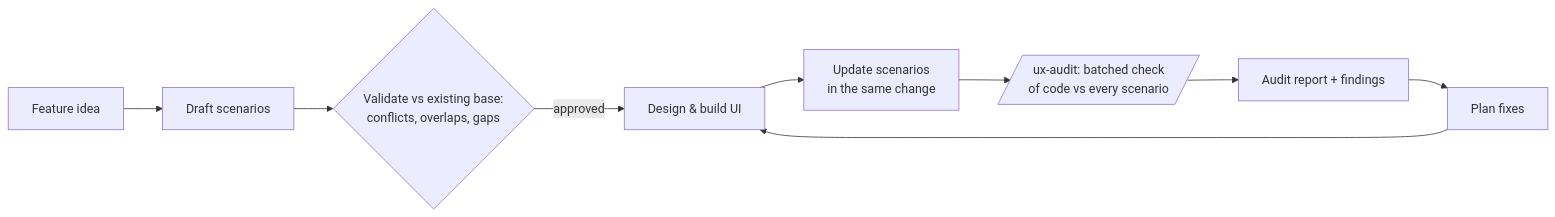
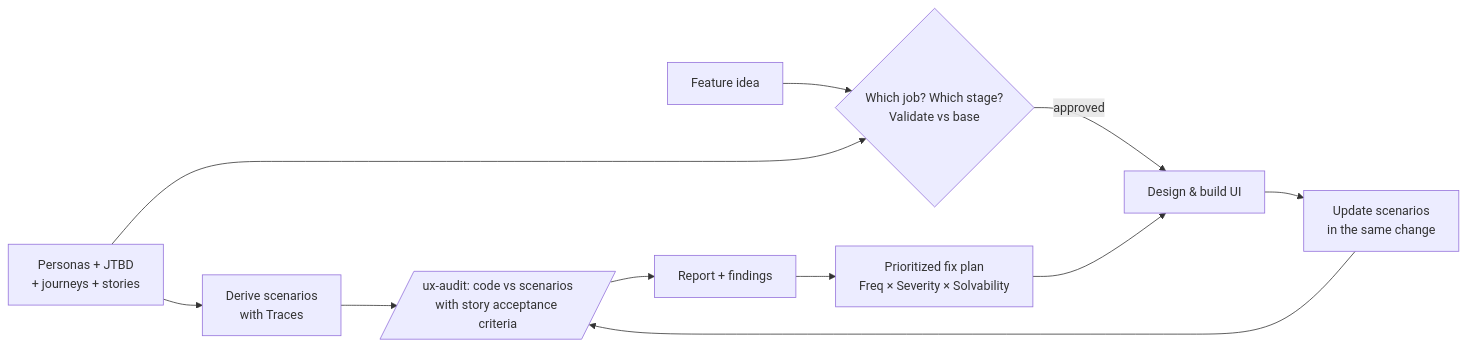
Before and after one commit to ssheleg/super-ux: the diagram in README.md, drawn with Mermaid. The commit also changed other lines of this file and 17 other files, not shown here.

Commit message:
feat: JTBD/journeys/user-stories foundation layer, traced scenarios, full-context audits, /ux action menu (v0.6.0)

````diff
--- a/README.md
+++ b/README.md
@@ -18,10 +18,12 @@
 ```mermaid
 flowchart LR
-    A[Feature idea] --> B[Draft scenarios]
-    B --> C{Validate vs existing base:\nconflicts, overlaps, gaps}
-    C -->|approved| D[Design & build UI]
+    W[Personas + JTBD\n+ journeys + stories] --> B[Derive scenarios\nwith Traces]
+    A[Feature idea] --> V{Which job? Which stage?\nValidate vs base}
+    W --> V
+    V -->|approved| D[Design & build UI]
     D --> E[Update scenarios\nin the same change]
-    E --> F[/ux-audit: batched check\nof code vs every scenario/]
-    F --> G[Audit report + findings]
-    G --> H[Plan fixes] --> D
+    E --> F[/ux-audit: code vs scenarios\nwith story acceptance criteria/]
+    B --> F
+    F --> G[Report + findings]
+    G --> H[Prioritized fix plan\nFreq × Severity × Solvability] --> D
 ```
````
